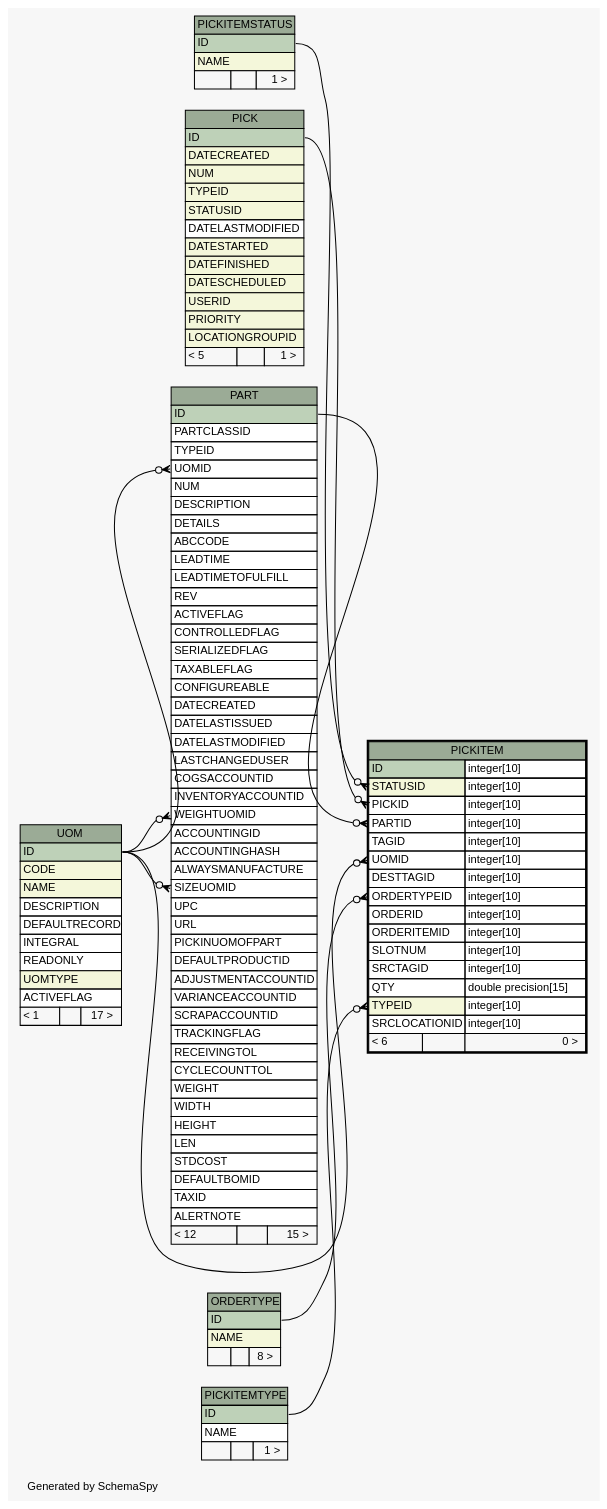
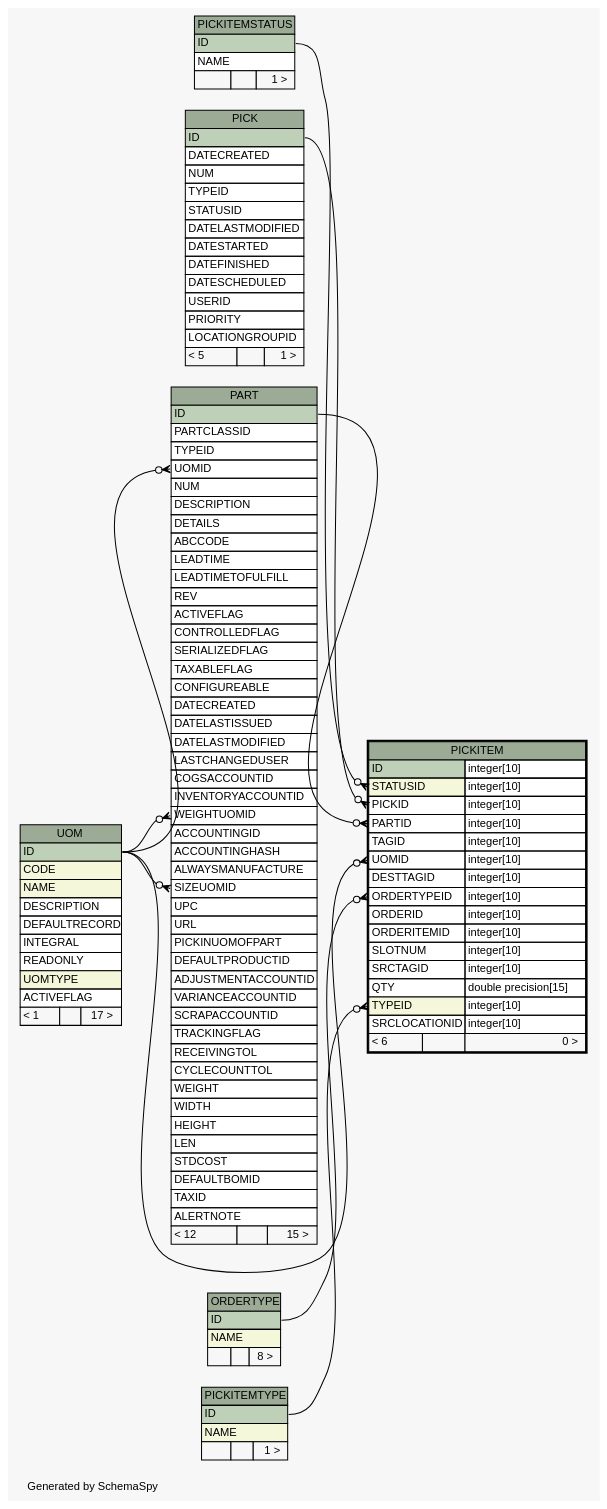
The diagram in dictionary/Fishbowl2013.5/diagrams/PICKITEM.1degree.dot (ilopez/FishbowlDataDictionary), drawn with Graphviz before and after one commit. The commit also changed 958 other files, not shown here.

Commit message:
Fixed the folder structure and updated db with SQL updates, and re ran schemaspy

```diff
--- a/dictionary/Fishbowl2013.5/diagrams/PICKITEM.1degree.dot
+++ b/dictionary/Fishbowl2013.5/diagrams/PICKITEM.1degree.dot
@@ -1,181 +1,181 @@
 // dot 2.26.3 on Linux 3.5.0-34-generic
 // SchemaSpy rev 590
 digraph "oneDegreeRelationshipsDiagram" {
   graph [
     rankdir="RL"
     bgcolor="#f7f7f7"
     label="\nGenerated by SchemaSpy"
     labeljust="l"
     nodesep="0.18"
     ranksep="0.46"
     fontname="Helvetica"
     fontsize="11"
   ];
   node [
     fontname="Helvetica"
     fontsize="11"
     shape="plaintext"
   ];
   edge [
     arrowsize="0.8"
   ];
   "PART":"SIZEUOMID":w -> "UOM":"ID":e [arrowhead=none dir=back arrowtail=crowodot];
   "PART":"UOMID":w -> "UOM":"ID":e [arrowhead=none dir=back arrowtail=crowodot];
   "PART":"WEIGHTUOMID":w -> "UOM":"ID":e [arrowhead=none dir=back arrowtail=crowodot];
   "PICKITEM":"ORDERTYPEID":w -> "ORDERTYPE":"ID":e [arrowhead=none dir=back arrowtail=crowodot];
   "PICKITEM":"PARTID":w -> "PART":"ID":e [arrowhead=none dir=back arrowtail=crowodot];
   "PICKITEM":"PICKID":w -> "PICK":"ID":e [arrowhead=none dir=back arrowtail=crowodot];
   "PICKITEM":"STATUSID":w -> "PICKITEMSTATUS":"ID":e [arrowhead=none dir=back arrowtail=crowodot];
   "PICKITEM":"TYPEID":w -> "PICKITEMTYPE":"ID":e [arrowhead=none dir=back arrowtail=crowodot];
   "PICKITEM":"UOMID":w -> "UOM":"ID":e [arrowhead=none dir=back arrowtail=crowodot];
   "ORDERTYPE" [
     label=<
     <TABLE BORDER="0" CELLBORDER="1" CELLSPACING="0" BGCOLOR="#ffffff">
       <TR><TD COLSPAN="3" BGCOLOR="#9bab96" ALIGN="CENTER">ORDERTYPE</TD></TR>
       <TR><TD PORT="ID" COLSPAN="3" BGCOLOR="#bed1b8" ALIGN="LEFT">ID</TD></TR>
       <TR><TD PORT="NAME" COLSPAN="3" BGCOLOR="#f4f7da" ALIGN="LEFT">NAME</TD></TR>
       <TR><TD ALIGN="LEFT" BGCOLOR="#f7f7f7">  </TD><TD ALIGN="RIGHT" BGCOLOR="#f7f7f7">  </TD><TD ALIGN="RIGHT" BGCOLOR="#f7f7f7">8 &gt;</TD></TR>
     </TABLE>>
     URL="ORDERTYPE.html"
     tooltip="ORDERTYPE"
   ];
   "PART" [
     label=<
     <TABLE BORDER="0" CELLBORDER="1" CELLSPACING="0" BGCOLOR="#ffffff">
       <TR><TD COLSPAN="3" BGCOLOR="#9bab96" ALIGN="CENTER">PART</TD></TR>
       <TR><TD PORT="ID" COLSPAN="3" BGCOLOR="#bed1b8" ALIGN="LEFT">ID</TD></TR>
       <TR><TD PORT="PARTCLASSID" COLSPAN="3" ALIGN="LEFT">PARTCLASSID</TD></TR>
       <TR><TD PORT="TYPEID" COLSPAN="3" ALIGN="LEFT">TYPEID</TD></TR>
       <TR><TD PORT="UOMID" COLSPAN="3" ALIGN="LEFT">UOMID</TD></TR>
       <TR><TD PORT="NUM" COLSPAN="3" ALIGN="LEFT">NUM</TD></TR>
       <TR><TD PORT="DESCRIPTION" COLSPAN="3" ALIGN="LEFT">DESCRIPTION</TD></TR>
       <TR><TD PORT="DETAILS" COLSPAN="3" ALIGN="LEFT">DETAILS</TD></TR>
       <TR><TD PORT="ABCCODE" COLSPAN="3" ALIGN="LEFT">ABCCODE</TD></TR>
       <TR><TD PORT="LEADTIME" COLSPAN="3" ALIGN="LEFT">LEADTIME</TD></TR>
       <TR><TD PORT="LEADTIMETOFULFILL" COLSPAN="3" ALIGN="LEFT">LEADTIMETOFULFILL</TD></TR>
       <TR><TD PORT="REV" COLSPAN="3" ALIGN="LEFT">REV</TD></TR>
       <TR><TD PORT="ACTIVEFLAG" COLSPAN="3" ALIGN="LEFT">ACTIVEFLAG</TD></TR>
       <TR><TD PORT="CONTROLLEDFLAG" COLSPAN="3" ALIGN="LEFT">CONTROLLEDFLAG</TD></TR>
       <TR><TD PORT="SERIALIZEDFLAG" COLSPAN="3" ALIGN="LEFT">SERIALIZEDFLAG</TD></TR>
       <TR><TD PORT="TAXABLEFLAG" COLSPAN="3" ALIGN="LEFT">TAXABLEFLAG</TD></TR>
       <TR><TD PORT="CONFIGUREABLE" COLSPAN="3" ALIGN="LEFT">CONFIGUREABLE</TD></TR>
       <TR><TD PORT="DATECREATED" COLSPAN="3" ALIGN="LEFT">DATECREATED</TD></TR>
       <TR><TD PORT="DATELASTISSUED" COLSPAN="3" ALIGN="LEFT">DATELASTISSUED</TD></TR>
       <TR><TD PORT="DATELASTMODIFIED" COLSPAN="3" ALIGN="LEFT">DATELASTMODIFIED</TD></TR>
       <TR><TD PORT="LASTCHANGEDUSER" COLSPAN="3" ALIGN="LEFT">LASTCHANGEDUSER</TD></TR>
       <TR><TD PORT="COGSACCOUNTID" COLSPAN="3" ALIGN="LEFT">COGSACCOUNTID</TD></TR>
       <TR><TD PORT="INVENTORYACCOUNTID" COLSPAN="3" ALIGN="LEFT">INVENTORYACCOUNTID</TD></TR>
       <TR><TD PORT="WEIGHTUOMID" COLSPAN="3" ALIGN="LEFT">WEIGHTUOMID</TD></TR>
       <TR><TD PORT="ACCOUNTINGID" COLSPAN="3" ALIGN="LEFT">ACCOUNTINGID</TD></TR>
       <TR><TD PORT="ACCOUNTINGHASH" COLSPAN="3" ALIGN="LEFT">ACCOUNTINGHASH</TD></TR>
       <TR><TD PORT="ALWAYSMANUFACTURE" COLSPAN="3" ALIGN="LEFT">ALWAYSMANUFACTURE</TD></TR>
       <TR><TD PORT="SIZEUOMID" COLSPAN="3" ALIGN="LEFT">SIZEUOMID</TD></TR>
       <TR><TD PORT="UPC" COLSPAN="3" ALIGN="LEFT">UPC</TD></TR>
       <TR><TD PORT="URL" COLSPAN="3" ALIGN="LEFT">URL</TD></TR>
       <TR><TD PORT="PICKINUOMOFPART" COLSPAN="3" ALIGN="LEFT">PICKINUOMOFPART</TD></TR>
       <TR><TD PORT="DEFAULTPRODUCTID" COLSPAN="3" ALIGN="LEFT">DEFAULTPRODUCTID</TD></TR>
       <TR><TD PORT="ADJUSTMENTACCOUNTID" COLSPAN="3" ALIGN="LEFT">ADJUSTMENTACCOUNTID</TD></TR>
       <TR><TD PORT="VARIANCEACCOUNTID" COLSPAN="3" ALIGN="LEFT">VARIANCEACCOUNTID</TD></TR>
       <TR><TD PORT="SCRAPACCOUNTID" COLSPAN="3" ALIGN="LEFT">SCRAPACCOUNTID</TD></TR>
       <TR><TD PORT="TRACKINGFLAG" COLSPAN="3" ALIGN="LEFT">TRACKINGFLAG</TD></TR>
       <TR><TD PORT="RECEIVINGTOL" COLSPAN="3" ALIGN="LEFT">RECEIVINGTOL</TD></TR>
       <TR><TD PORT="CYCLECOUNTTOL" COLSPAN="3" ALIGN="LEFT">CYCLECOUNTTOL</TD></TR>
       <TR><TD PORT="WEIGHT" COLSPAN="3" ALIGN="LEFT">WEIGHT</TD></TR>
       <TR><TD PORT="WIDTH" COLSPAN="3" ALIGN="LEFT">WIDTH</TD></TR>
       <TR><TD PORT="HEIGHT" COLSPAN="3" ALIGN="LEFT">HEIGHT</TD></TR>
       <TR><TD PORT="LEN" COLSPAN="3" ALIGN="LEFT">LEN</TD></TR>
       <TR><TD PORT="STDCOST" COLSPAN="3" ALIGN="LEFT">STDCOST</TD></TR>
       <TR><TD PORT="DEFAULTBOMID" COLSPAN="3" ALIGN="LEFT">DEFAULTBOMID</TD></TR>
       <TR><TD PORT="TAXID" COLSPAN="3" ALIGN="LEFT">TAXID</TD></TR>
       <TR><TD PORT="ALERTNOTE" COLSPAN="3" ALIGN="LEFT">ALERTNOTE</TD></TR>
       <TR><TD ALIGN="LEFT" BGCOLOR="#f7f7f7">&lt; 12</TD><TD ALIGN="RIGHT" BGCOLOR="#f7f7f7">  </TD><TD ALIGN="RIGHT" BGCOLOR="#f7f7f7">15 &gt;</TD></TR>
     </TABLE>>
     URL="PART.html"
     tooltip="PART"
   ];
   "PICK" [
     label=<
     <TABLE BORDER="0" CELLBORDER="1" CELLSPACING="0" BGCOLOR="#ffffff">
       <TR><TD COLSPAN="3" BGCOLOR="#9bab96" ALIGN="CENTER">PICK</TD></TR>
       <TR><TD PORT="ID" COLSPAN="3" BGCOLOR="#bed1b8" ALIGN="LEFT">ID</TD></TR>
-      <TR><TD PORT="DATECREATED" COLSPAN="3" BGCOLOR="#f4f7da" ALIGN="LEFT">DATECREATED</TD></TR>
-      <TR><TD PORT="NUM" COLSPAN="3" BGCOLOR="#f4f7da" ALIGN="LEFT">NUM</TD></TR>
-      <TR><TD PORT="TYPEID" COLSPAN="3" BGCOLOR="#f4f7da" ALIGN="LEFT">TYPEID</TD></TR>
-      <TR><TD PORT="STATUSID" COLSPAN="3" BGCOLOR="#f4f7da" ALIGN="LEFT">STATUSID</TD></TR>
+      <TR><TD PORT="DATECREATED" COLSPAN="3" ALIGN="LEFT">DATECREATED</TD></TR>
+      <TR><TD PORT="NUM" COLSPAN="3" ALIGN="LEFT">NUM</TD></TR>
+      <TR><TD PORT="TYPEID" COLSPAN="3" ALIGN="LEFT">TYPEID</TD></TR>
+      <TR><TD PORT="STATUSID" COLSPAN="3" ALIGN="LEFT">STATUSID</TD></TR>
       <TR><TD PORT="DATELASTMODIFIED" COLSPAN="3" ALIGN="LEFT">DATELASTMODIFIED</TD></TR>
-      <TR><TD PORT="DATESTARTED" COLSPAN="3" BGCOLOR="#f4f7da" ALIGN="LEFT">DATESTARTED</TD></TR>
-      <TR><TD PORT="DATEFINISHED" COLSPAN="3" BGCOLOR="#f4f7da" ALIGN="LEFT">DATEFINISHED</TD></TR>
-      <TR><TD PORT="DATESCHEDULED" COLSPAN="3" BGCOLOR="#f4f7da" ALIGN="LEFT">DATESCHEDULED</TD></TR>
-      <TR><TD PORT="USERID" COLSPAN="3" BGCOLOR="#f4f7da" ALIGN="LEFT">USERID</TD></TR>
-      <TR><TD PORT="PRIORITY" COLSPAN="3" BGCOLOR="#f4f7da" ALIGN="LEFT">PRIORITY</TD></TR>
-      <TR><TD PORT="LOCATIONGROUPID" COLSPAN="3" BGCOLOR="#f4f7da" ALIGN="LEFT">LOCATIONGROUPID</TD></TR>
+      <TR><TD PORT="DATESTARTED" COLSPAN="3" ALIGN="LEFT">DATESTARTED</TD></TR>
+      <TR><TD PORT="DATEFINISHED" COLSPAN="3" ALIGN="LEFT">DATEFINISHED</TD></TR>
+      <TR><TD PORT="DATESCHEDULED" COLSPAN="3" ALIGN="LEFT">DATESCHEDULED</TD></TR>
+      <TR><TD PORT="USERID" COLSPAN="3" ALIGN="LEFT">USERID</TD></TR>
+      <TR><TD PORT="PRIORITY" COLSPAN="3" ALIGN="LEFT">PRIORITY</TD></TR>
+      <TR><TD PORT="LOCATIONGROUPID" COLSPAN="3" ALIGN="LEFT">LOCATIONGROUPID</TD></TR>
       <TR><TD ALIGN="LEFT" BGCOLOR="#f7f7f7">&lt; 5</TD><TD ALIGN="RIGHT" BGCOLOR="#f7f7f7">  </TD><TD ALIGN="RIGHT" BGCOLOR="#f7f7f7">1 &gt;</TD></TR>
     </TABLE>>
     URL="PICK.html"
     tooltip="PICK"
   ];
   "PICKITEM" [
     label=<
     <TABLE BORDER="2" CELLBORDER="1" CELLSPACING="0" BGCOLOR="#ffffff">
       <TR><TD COLSPAN="3" BGCOLOR="#9bab96" ALIGN="CENTER">PICKITEM</TD></TR>
       <TR><TD PORT="ID" COLSPAN="2" BGCOLOR="#bed1b8" ALIGN="LEFT">ID</TD><TD PORT="ID.type" ALIGN="LEFT">integer[10]</TD></TR>
       <TR><TD PORT="STATUSID" COLSPAN="2" BGCOLOR="#f4f7da" ALIGN="LEFT">STATUSID</TD><TD PORT="STATUSID.type" ALIGN="LEFT">integer[10]</TD></TR>
       <TR><TD PORT="PICKID" COLSPAN="2" ALIGN="LEFT">PICKID</TD><TD PORT="PICKID.type" ALIGN="LEFT">integer[10]</TD></TR>
       <TR><TD PORT="PARTID" COLSPAN="2" ALIGN="LEFT">PARTID</TD><TD PORT="PARTID.type" ALIGN="LEFT">integer[10]</TD></TR>
       <TR><TD PORT="TAGID" COLSPAN="2" ALIGN="LEFT">TAGID</TD><TD PORT="TAGID.type" ALIGN="LEFT">integer[10]</TD></TR>
       <TR><TD PORT="UOMID" COLSPAN="2" ALIGN="LEFT">UOMID</TD><TD PORT="UOMID.type" ALIGN="LEFT">integer[10]</TD></TR>
       <TR><TD PORT="DESTTAGID" COLSPAN="2" ALIGN="LEFT">DESTTAGID</TD><TD PORT="DESTTAGID.type" ALIGN="LEFT">integer[10]</TD></TR>
       <TR><TD PORT="ORDERTYPEID" COLSPAN="2" ALIGN="LEFT">ORDERTYPEID</TD><TD PORT="ORDERTYPEID.type" ALIGN="LEFT">integer[10]</TD></TR>
       <TR><TD PORT="ORDERID" COLSPAN="2" ALIGN="LEFT">ORDERID</TD><TD PORT="ORDERID.type" ALIGN="LEFT">integer[10]</TD></TR>
       <TR><TD PORT="ORDERITEMID" COLSPAN="2" ALIGN="LEFT">ORDERITEMID</TD><TD PORT="ORDERITEMID.type" ALIGN="LEFT">integer[10]</TD></TR>
       <TR><TD PORT="SLOTNUM" COLSPAN="2" ALIGN="LEFT">SLOTNUM</TD><TD PORT="SLOTNUM.type" ALIGN="LEFT">integer[10]</TD></TR>
       <TR><TD PORT="SRCTAGID" COLSPAN="2" ALIGN="LEFT">SRCTAGID</TD><TD PORT="SRCTAGID.type" ALIGN="LEFT">integer[10]</TD></TR>
       <TR><TD PORT="QTY" COLSPAN="2" ALIGN="LEFT">QTY</TD><TD PORT="QTY.type" ALIGN="LEFT">double precision[15]</TD></TR>
       <TR><TD PORT="TYPEID" COLSPAN="2" BGCOLOR="#f4f7da" ALIGN="LEFT">TYPEID</TD><TD PORT="TYPEID.type" ALIGN="LEFT">integer[10]</TD></TR>
       <TR><TD PORT="SRCLOCATIONID" COLSPAN="2" ALIGN="LEFT">SRCLOCATIONID</TD><TD PORT="SRCLOCATIONID.type" ALIGN="LEFT">integer[10]</TD></TR>
       <TR><TD ALIGN="LEFT" BGCOLOR="#f7f7f7">&lt; 6</TD><TD ALIGN="RIGHT" BGCOLOR="#f7f7f7">  </TD><TD ALIGN="RIGHT" BGCOLOR="#f7f7f7">0 &gt;</TD></TR>
     </TABLE>>
     URL="PICKITEM.html"
     tooltip="PICKITEM"
   ];
   "PICKITEMSTATUS" [
     label=<
     <TABLE BORDER="0" CELLBORDER="1" CELLSPACING="0" BGCOLOR="#ffffff">
       <TR><TD COLSPAN="3" BGCOLOR="#9bab96" ALIGN="CENTER">PICKITEMSTATUS</TD></TR>
       <TR><TD PORT="ID" COLSPAN="3" BGCOLOR="#bed1b8" ALIGN="LEFT">ID</TD></TR>
-      <TR><TD PORT="NAME" COLSPAN="3" BGCOLOR="#f4f7da" ALIGN="LEFT">NAME</TD></TR>
+      <TR><TD PORT="NAME" COLSPAN="3" ALIGN="LEFT">NAME</TD></TR>
       <TR><TD ALIGN="LEFT" BGCOLOR="#f7f7f7">  </TD><TD ALIGN="RIGHT" BGCOLOR="#f7f7f7">  </TD><TD ALIGN="RIGHT" BGCOLOR="#f7f7f7">1 &gt;</TD></TR>
     </TABLE>>
     URL="PICKITEMSTATUS.html"
     tooltip="PICKITEMSTATUS"
   ];
   "PICKITEMTYPE" [
     label=<
     <TABLE BORDER="0" CELLBORDER="1" CELLSPACING="0" BGCOLOR="#ffffff">
       <TR><TD COLSPAN="3" BGCOLOR="#9bab96" ALIGN="CENTER">PICKITEMTYPE</TD></TR>
       <TR><TD PORT="ID" COLSPAN="3" BGCOLOR="#bed1b8" ALIGN="LEFT">ID</TD></TR>
-      <TR><TD PORT="NAME" COLSPAN="3" ALIGN="LEFT">NAME</TD></TR>
+      <TR><TD PORT="NAME" COLSPAN="3" BGCOLOR="#f4f7da" ALIGN="LEFT">NAME</TD></TR>
       <TR><TD ALIGN="LEFT" BGCOLOR="#f7f7f7">  </TD><TD ALIGN="RIGHT" BGCOLOR="#f7f7f7">  </TD><TD ALIGN="RIGHT" BGCOLOR="#f7f7f7">1 &gt;</TD></TR>
     </TABLE>>
     URL="PICKITEMTYPE.html"
     tooltip="PICKITEMTYPE"
   ];
   "UOM" [
     label=<
     <TABLE BORDER="0" CELLBORDER="1" CELLSPACING="0" BGCOLOR="#ffffff">
       <TR><TD COLSPAN="3" BGCOLOR="#9bab96" ALIGN="CENTER">UOM</TD></TR>
       <TR><TD PORT="ID" COLSPAN="3" BGCOLOR="#bed1b8" ALIGN="LEFT">ID</TD></TR>
       <TR><TD PORT="CODE" COLSPAN="3" BGCOLOR="#f4f7da" ALIGN="LEFT">CODE</TD></TR>
       <TR><TD PORT="NAME" COLSPAN="3" BGCOLOR="#f4f7da" ALIGN="LEFT">NAME</TD></TR>
       <TR><TD PORT="DESCRIPTION" COLSPAN="3" ALIGN="LEFT">DESCRIPTION</TD></TR>
       <TR><TD PORT="DEFAULTRECORD" COLSPAN="3" ALIGN="LEFT">DEFAULTRECORD</TD></TR>
       <TR><TD PORT="INTEGRAL" COLSPAN="3" ALIGN="LEFT">INTEGRAL</TD></TR>
       <TR><TD PORT="READONLY" COLSPAN="3" ALIGN="LEFT">READONLY</TD></TR>
       <TR><TD PORT="UOMTYPE" COLSPAN="3" BGCOLOR="#f4f7da" ALIGN="LEFT">UOMTYPE</TD></TR>
       <TR><TD PORT="ACTIVEFLAG" COLSPAN="3" ALIGN="LEFT">ACTIVEFLAG</TD></TR>
       <TR><TD ALIGN="LEFT" BGCOLOR="#f7f7f7">&lt; 1</TD><TD ALIGN="RIGHT" BGCOLOR="#f7f7f7">  </TD><TD ALIGN="RIGHT" BGCOLOR="#f7f7f7">17 &gt;</TD></TR>
     </TABLE>>
     URL="UOM.html"
     tooltip="UOM"
   ];
 }
```
